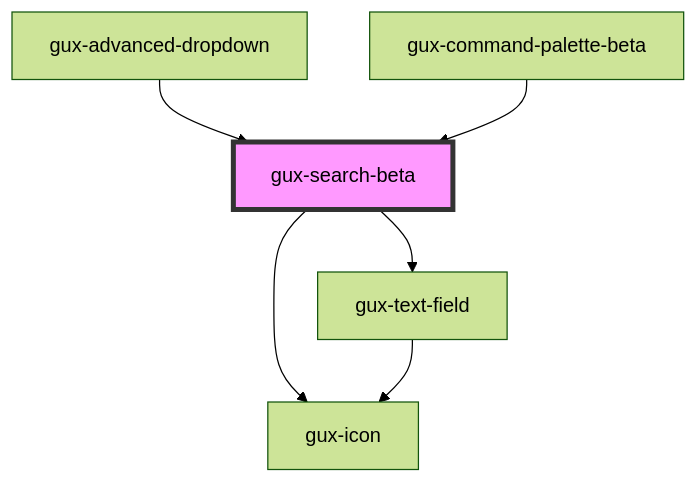
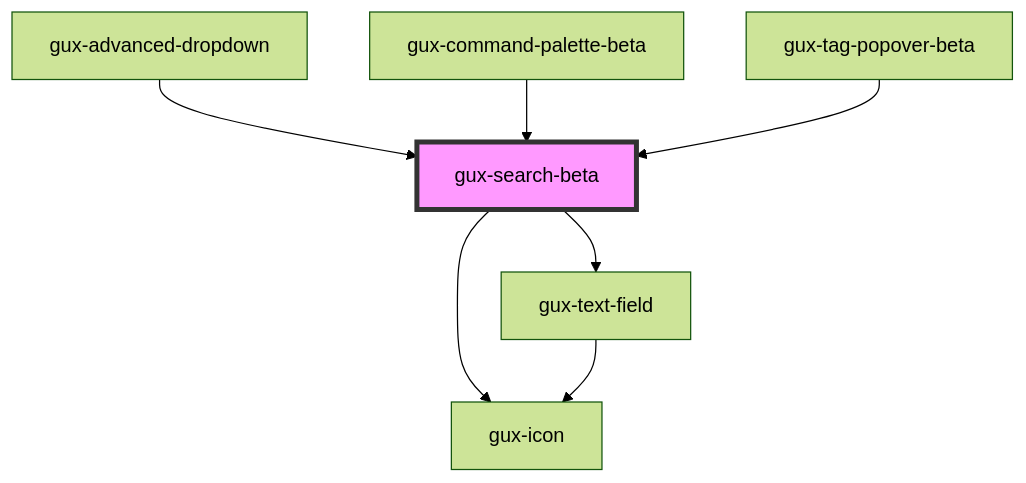
Before and after one commit to willcliff-genesys/genesys-webcomponents: the diagram in src/components/beta/gux-search/readme.md, drawn with Mermaid (forest theme). The commit also changed other lines of this file and 16 other files, not shown here.

Commit message:
feat(tag-popover): added component files, locale, styles

````diff
--- a/src/components/beta/gux-search/readme.md
+++ b/src/components/beta/gux-search/readme.md
@@ -65,9 +66,10 @@
 ```mermaid
 graph TD;
   gux-search-beta --> gux-text-field
   gux-search-beta --> gux-icon
   gux-text-field --> gux-icon
   gux-advanced-dropdown --> gux-search-beta
   gux-command-palette-beta --> gux-search-beta
+  gux-tag-popover-beta --> gux-search-beta
   style gux-search-beta fill:#f9f,stroke:#333,stroke-width:4px
 ```
````
